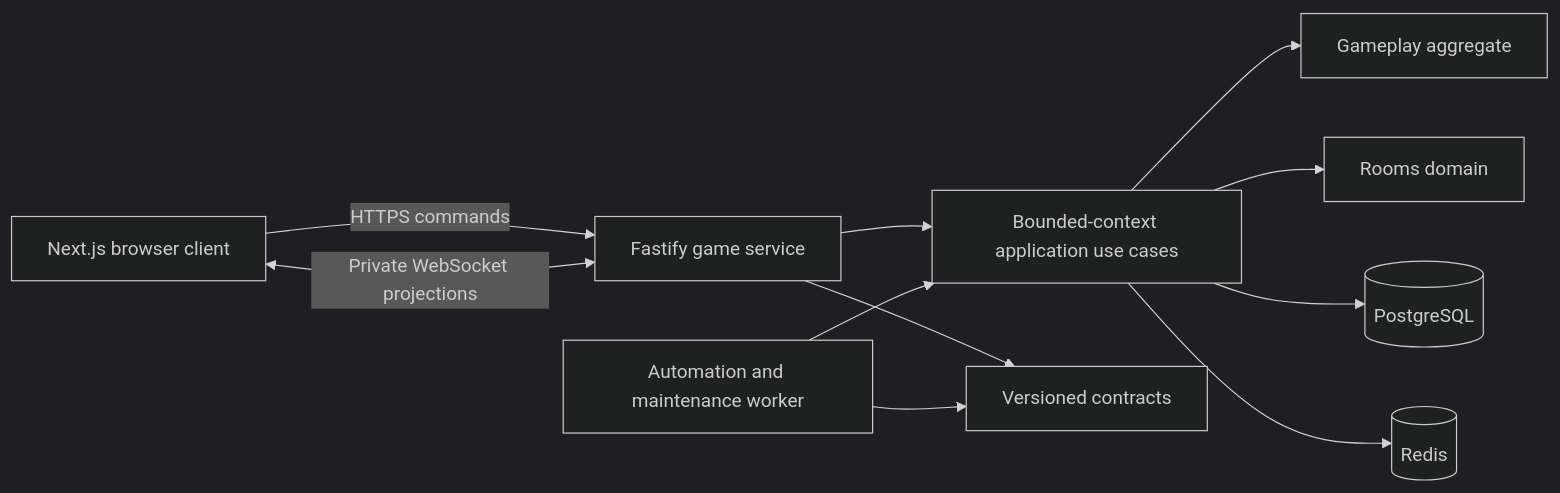
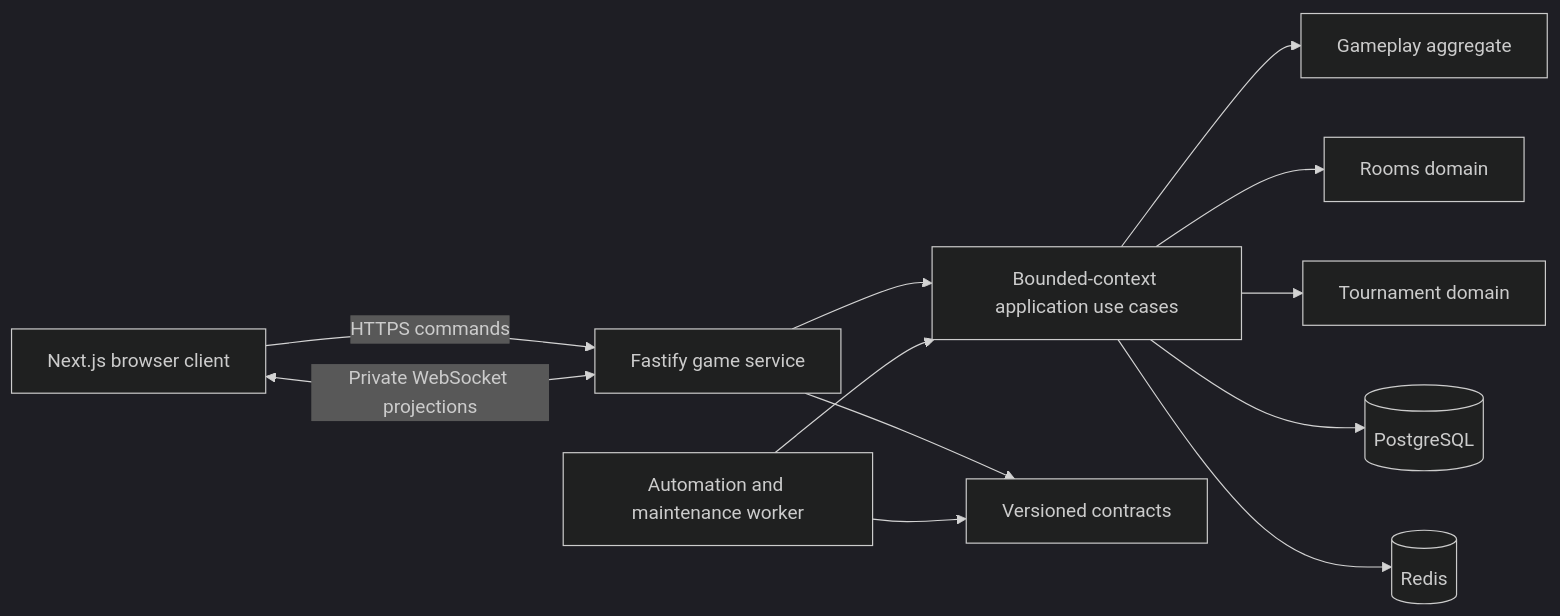
One commit to DiLRandI/304 changed the diagram in docs/technical/09_ARCHITECTURE.md. Above: the diagram before and after it, drawn with Mermaid (dark theme). The commit also changed other lines of this file and 9 other files, not shown here.

Commit message:
docs: define private live tournament architecture

````diff
--- a/docs/technical/09_ARCHITECTURE.md
+++ b/docs/technical/09_ARCHITECTURE.md
@@ -20,13 +21,14 @@
 ```mermaid
 flowchart LR
   Browser[Next.js browser client] -->|HTTPS commands| API[Fastify game service]
   Browser <-->|Private WebSocket projections| API
   API --> UseCases[Bounded-context application use cases]
   Worker[Automation and maintenance worker] --> UseCases
   UseCases --> Gameplay[Gameplay aggregate]
   UseCases --> Rooms[Rooms domain]
+  UseCases --> Tournaments[Tournament domain]
   UseCases --> DB[(PostgreSQL)]
   UseCases --> Redis[(Redis)]
   API --> Contracts[Versioned contracts]
   Worker --> Contracts
 ```
````
